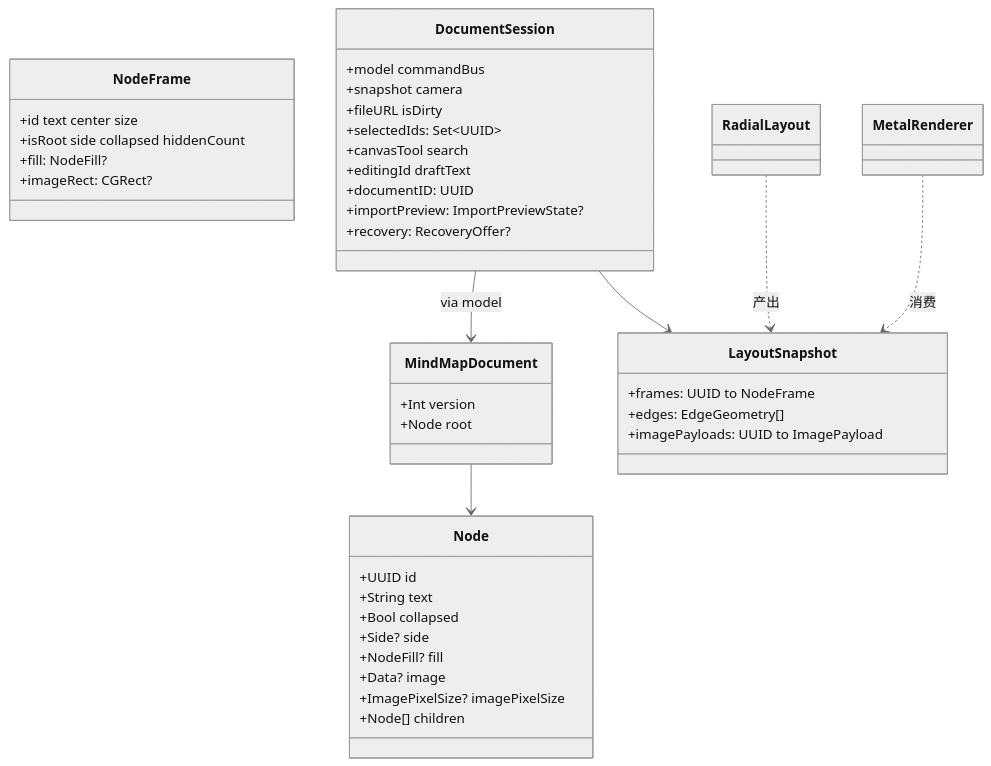
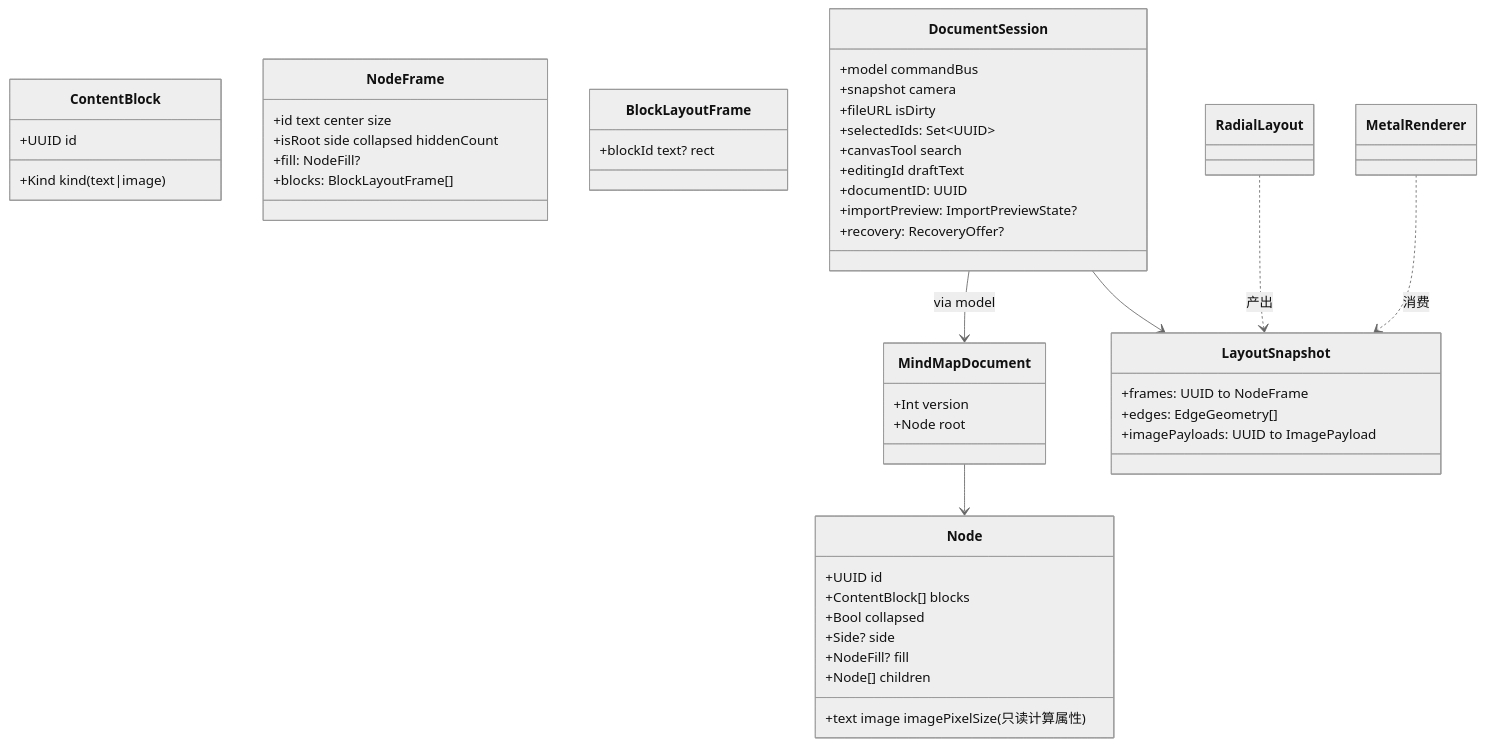
The third of 5 diagrams in docs/架构现状.md (LieonShelly/Linva), drawn with Mermaid (neutral theme) before and after one commit. The commit also changed other lines of this file and 1 other file, not shown here.

Commit message:
docs: 内容流 schema v4 落档（架构现状 §18 + spec 状态）

````diff
--- a/docs/架构现状.md
+++ b/docs/架构现状.md
@@ -185,44 +185,50 @@
 ```mermaid
 classDiagram
   class MindMapDocument {
     +Int version
     +Node root
   }
   class Node {
     +UUID id
-    +String text
+    +ContentBlock[] blocks
     +Bool collapsed
     +Side? side
     +NodeFill? fill
-    +Data? image
-    +ImagePixelSize? imagePixelSize
     +Node[] children
+    +text image imagePixelSize (只读计算属性)
+  }
+  class ContentBlock {
+    +UUID id
+    +Kind kind (text|image)
   }
   class LayoutSnapshot {
     +frames: UUID to NodeFrame
     +edges: EdgeGeometry[]
     +imagePayloads: UUID to ImagePayload
   }
   class NodeFrame {
     +id text center size
     +isRoot side collapsed hiddenCount
     +fill: NodeFill?
-    +imageRect: CGRect?
+    +blocks: BlockLayoutFrame[]
+  }
+  class BlockLayoutFrame {
+    +blockId text? rect
   }
   class DocumentSession {
     +model commandBus
     +snapshot camera
     +fileURL isDirty
     +selectedIds: Set~UUID~
     +canvasTool search
     +editingId draftText
     +documentID: UUID
     +importPreview: ImportPreviewState?
     +recovery: RecoveryOffer?
   }
   MindMapDocument --> Node
   DocumentSession --> MindMapDocument : via model
   DocumentSession --> LayoutSnapshot
   RadialLayout ..> LayoutSnapshot : 产出
   MetalRenderer ..> LayoutSnapshot : 消费
 ```
````
